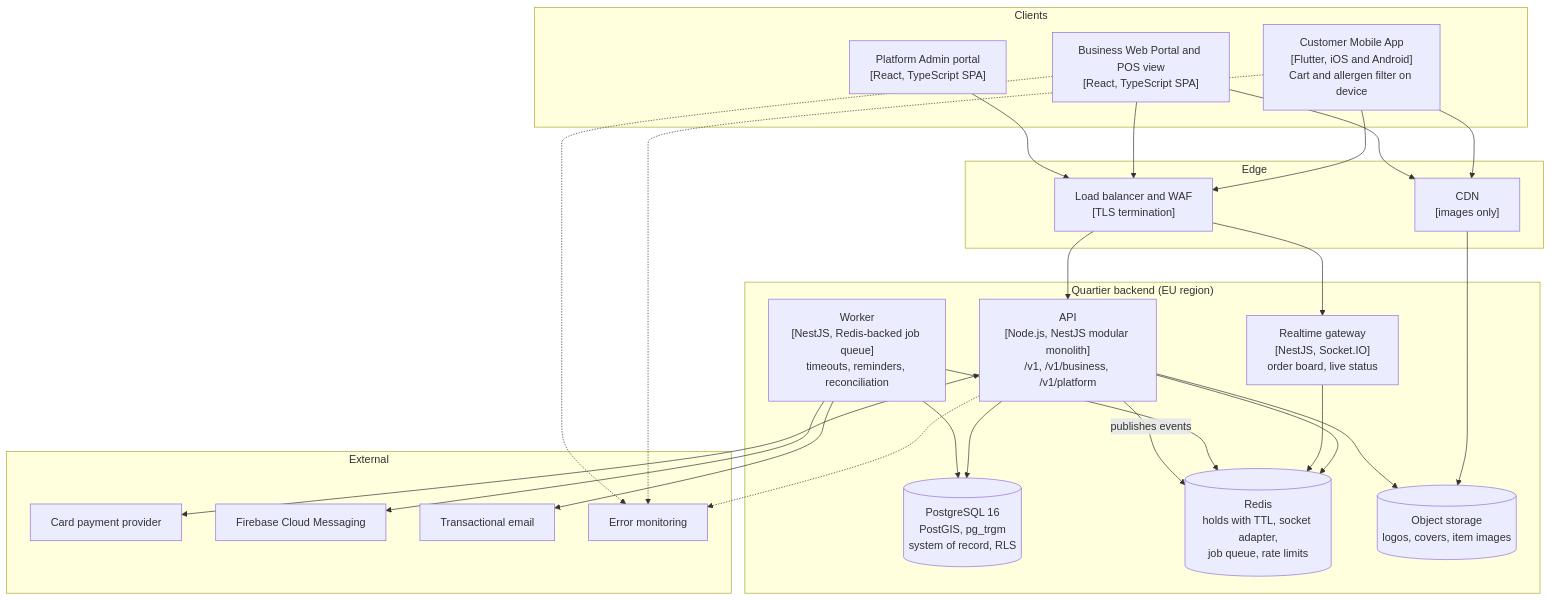
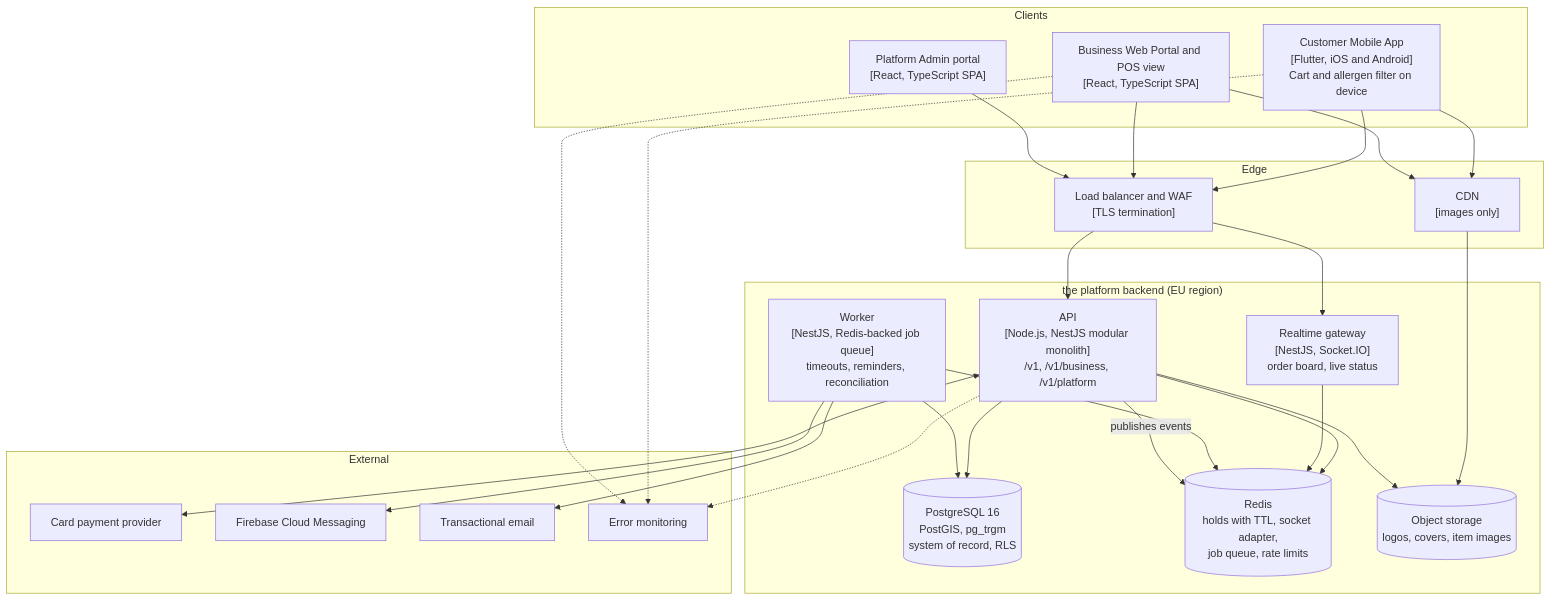
Before and after one commit to ayushsingh0456/local-commerce-booking-platform: the second of 2 diagrams in 03-design/architecture/system-architecture.md, drawn with Mermaid. The commit also changed other lines of this file and 46 other files, not shown here.

````diff
--- a/03-design/architecture/system-architecture.md
+++ b/03-design/architecture/system-architecture.md
@@ -61,47 +61,47 @@
 ```mermaid
 flowchart TB
   subgraph CLIENTS["Clients"]
     MOB["Customer Mobile App<br/>[Flutter, iOS and Android]<br/>Cart and allergen filter on device"]
     BWP["Business Web Portal and POS view<br/>[React, TypeScript SPA]"]
     PAP["Platform Admin portal<br/>[React, TypeScript SPA]"]
   end
   subgraph EDGE["Edge"]
     CDN["CDN<br/>[images only]"]
     LB["Load balancer and WAF<br/>[TLS termination]"]
   end
-  subgraph BACKEND["Quartier backend (EU region)"]
+  subgraph BACKEND["the platform backend (EU region)"]
     API["API<br/>[Node.js, NestJS modular monolith]<br/>/v1, /v1/business, /v1/platform"]
     WS["Realtime gateway<br/>[NestJS, Socket.IO]<br/>order board, live status"]
     WRK["Worker<br/>[NestJS, Redis-backed job queue]<br/>timeouts, reminders, reconciliation"]
     PG[("PostgreSQL 16<br/>PostGIS, pg_trgm<br/>system of record, RLS")]
     RD[("Redis<br/>holds with TTL, socket adapter,<br/>job queue, rate limits")]
     OBJ[("Object storage<br/>logos, covers, item images")]
   end
   subgraph EXT["External"]
     PSP["Card payment provider"]
     FCM["Firebase Cloud Messaging"]
     MAIL["Transactional email"]
     MON["Error monitoring"]
   end
   MOB --> LB
   BWP --> LB
   PAP --> LB
   MOB --> CDN
   BWP --> CDN
   CDN --> OBJ
   LB --> API
   LB --> WS
   API --> PG
   API --> RD
   API --> OBJ
   WS --> RD
   WRK --> PG
   WRK --> RD
   API -->|"publishes events"| RD
   API <--> PSP
   WRK --> FCM
   WRK --> MAIL
   MOB -.-> MON
   BWP -.-> MON
   API -.-> MON
 ```
````
